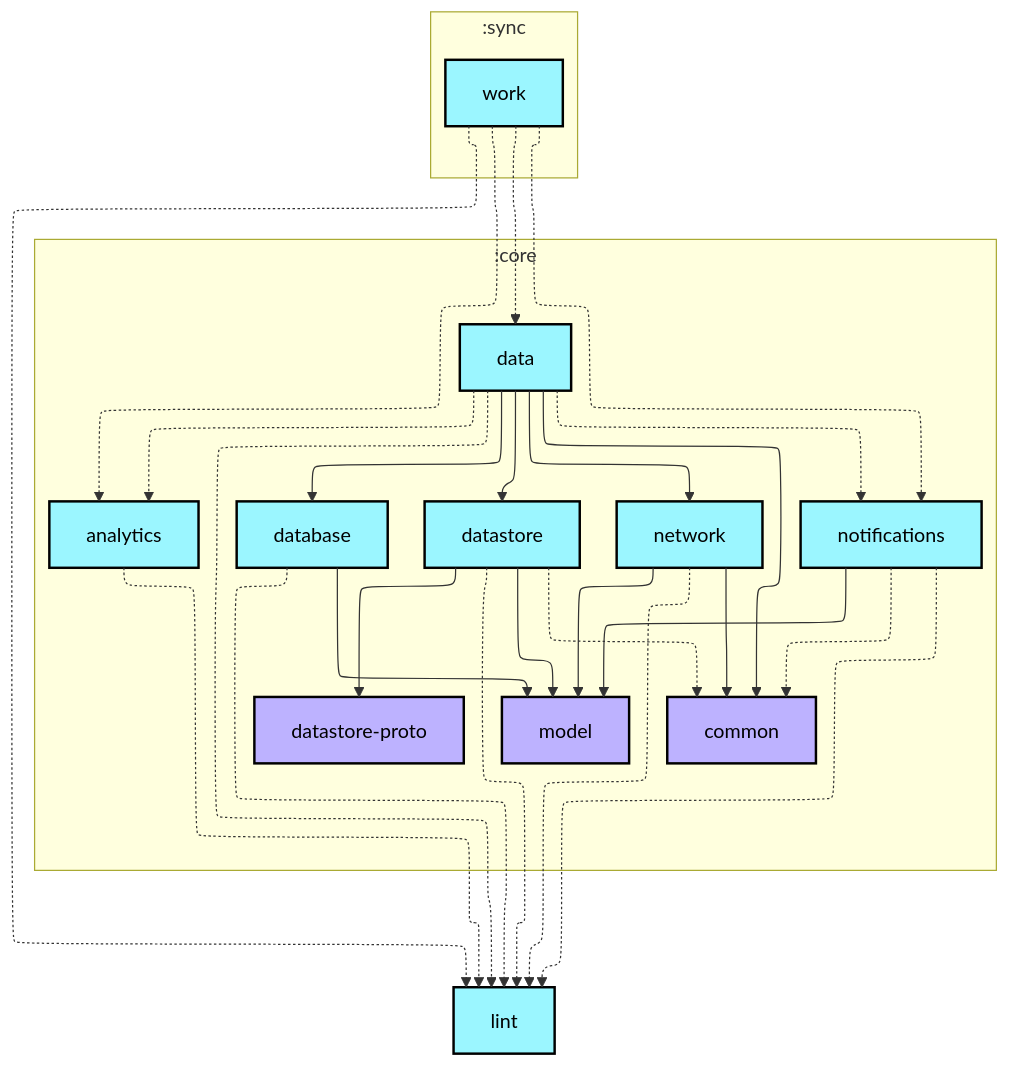
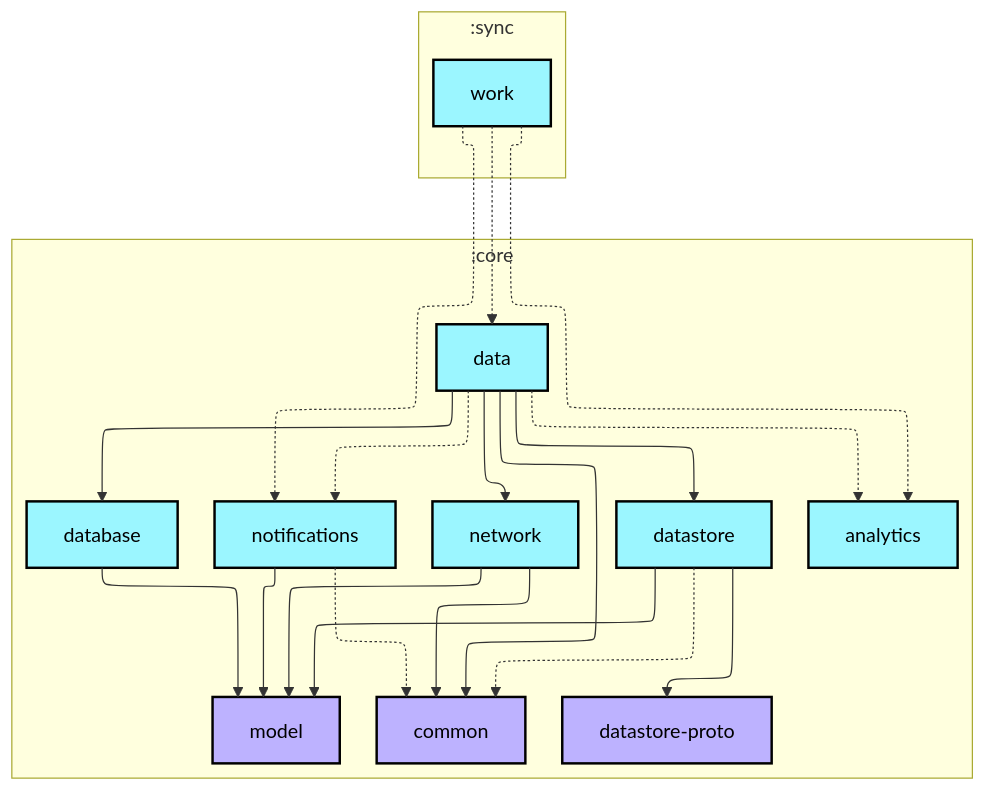
Before and after one commit to android/nowinandroid: the first of 2 diagrams in sync/work/README.md, drawn with Mermaid. The commit also changed 30 other files, not shown here.

````diff
--- a/sync/work/README.md
+++ b/sync/work/README.md
@@ -6,58 +6,50 @@
 ```mermaid
 ---
 config:
   layout: elk
   elk:
     nodePlacementStrategy: SIMPLE
 ---
 graph TB
   subgraph :sync
     direction TB
     :sync:work[work]:::android-library
   end
   subgraph :core
     direction TB
     :core:analytics[analytics]:::android-library
     :core:common[common]:::jvm-library
     :core:data[data]:::android-library
     :core:database[database]:::android-library
     :core:datastore[datastore]:::android-library
     :core:datastore-proto[datastore-proto]:::jvm-library
     :core:model[model]:::jvm-library
     :core:network[network]:::android-library
     :core:notifications[notifications]:::android-library
   end
-  :lint[lint]:::android-library
 
-  :core:analytics -.-> :lint
   :core:data -.-> :core:analytics
   :core:data --> :core:common
   :core:data --> :core:database
   :core:data --> :core:datastore
   :core:data --> :core:network
   :core:data -.-> :core:notifications
-  :core:data -.-> :lint
   :core:database --> :core:model
-  :core:database -.-> :lint
   :core:datastore -.-> :core:common
   :core:datastore --> :core:datastore-proto
   :core:datastore --> :core:model
-  :core:datastore -.-> :lint
   :core:network --> :core:common
   :core:network --> :core:model
-  :core:network -.-> :lint
   :core:notifications -.-> :core:common
   :core:notifications --> :core:model
-  :core:notifications -.-> :lint
   :sync:work -.-> :core:analytics
   :sync:work -.-> :core:data
   :sync:work -.-> :core:notifications
-  :sync:work -.-> :lint
 
 classDef android-application fill:#CAFFBF,stroke:#000,stroke-width:2px,color:#000;
 classDef android-feature fill:#FFD6A5,stroke:#000,stroke-width:2px,color:#000;
 classDef android-library fill:#9BF6FF,stroke:#000,stroke-width:2px,color:#000;
 classDef android-test fill:#A0C4FF,stroke:#000,stroke-width:2px,color:#000;
 classDef jvm-library fill:#BDB2FF,stroke:#000,stroke-width:2px,color:#000;
 classDef unknown fill:#FFADAD,stroke:#000,stroke-width:2px,color:#000;
 ```
````
